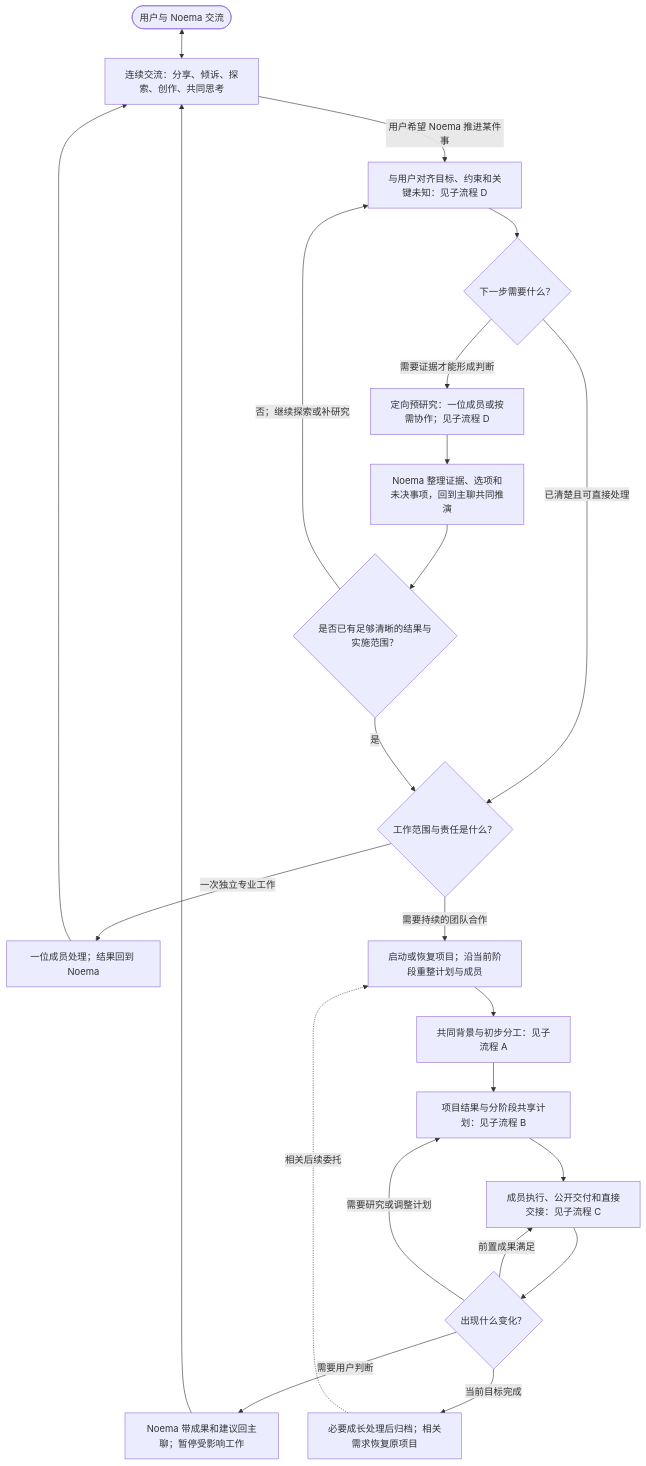
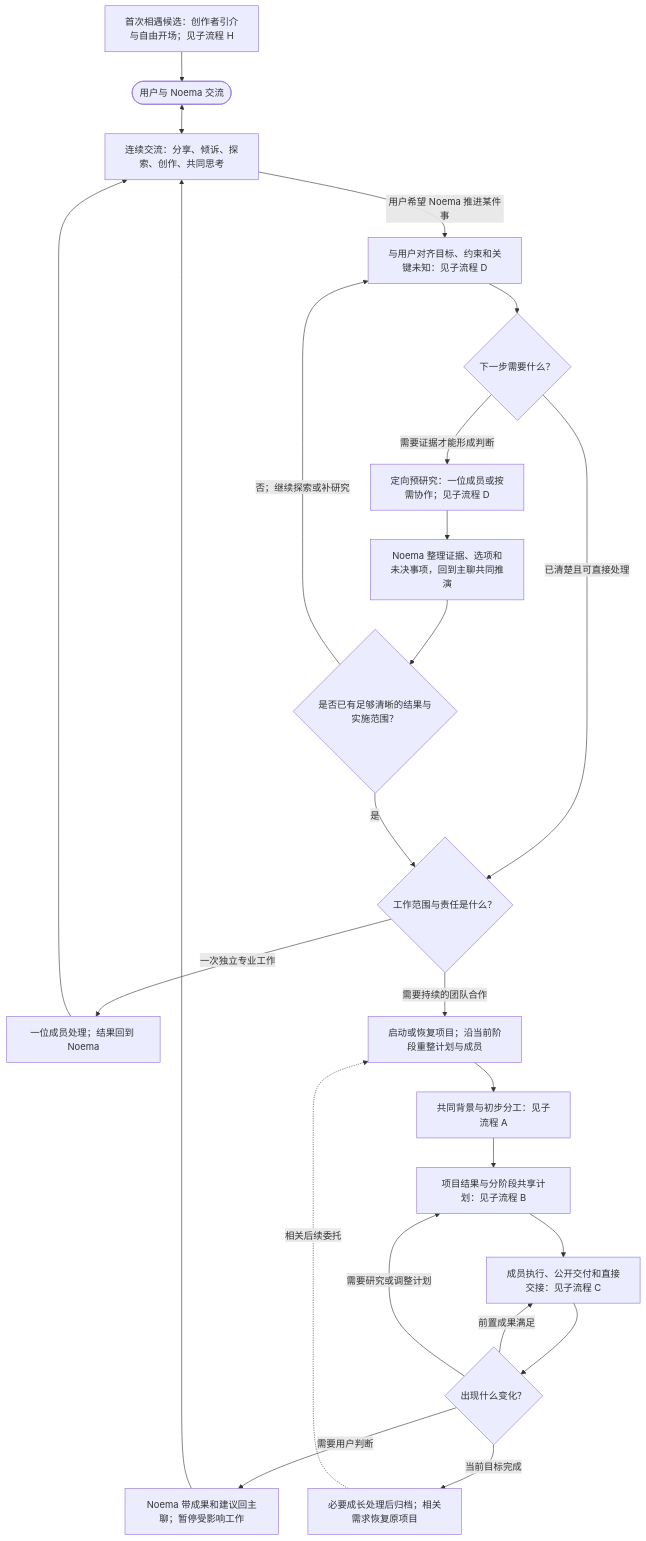
The first of 12 diagrams in docs/design/noema-core-flows.md (Noema-Harness/noema-agent), drawn with Mermaid before and after one commit. The commit also changed other lines of this file and 11 other files, not shown here.

````diff
--- a/docs/design/noema-core-flows.md
+++ b/docs/design/noema-core-flows.md
@@ -19,25 +21,26 @@
 ```mermaid
 flowchart TD
+    FIRST[首次相遇候选：创作者引介与自由开场；见子流程 H] --> U
     U([用户与 Noema 交流]) <--> N[连续交流：分享、倾诉、探索、创作、共同思考]
     N -- 用户希望 Noema 推进某件事 --> R[与用户对齐目标、约束和关键未知：见子流程 D]
     R --> DISCOVER{下一步需要什么？}
     DISCOVER -- 已清楚且可直接处理 --> CHOOSE{工作范围与责任是什么？}
     DISCOVER -- 需要证据才能形成判断 --> STUDY[定向预研究：一位成员或按需协作；见子流程 D]
     STUDY --> SYNTH[Noema 整理证据、选项和未决事项，回到主聊共同推演]
     SYNTH --> READY{是否已有足够清晰的结果与实施范围？}
     READY -- 否；继续探索或补研究 --> R
     READY -- 是 --> CHOOSE
     CHOOSE -- 一次独立专业工作 --> SINGLE[一位成员处理；结果回到 Noema]
     SINGLE --> N
     CHOOSE -- 需要持续的团队合作 --> PROJECT[启动或恢复项目；沿当前阶段重整计划与成员]
     PROJECT --> START[共同背景与初步分工：见子流程 A]
     START --> PLAN[项目结果与分阶段共享计划：见子流程 B]
     PLAN --> WORK[成员执行、公开交付和直接交接：见子流程 C]
     WORK --> DECIDE{出现什么变化？}
     DECIDE -- 前置成果满足 --> WORK
     DECIDE -- 需要研究或调整计划 --> PLAN
     DECIDE -- 需要用户判断 --> REVIEW[Noema 带成果和建议回主聊；暂停受影响工作]
     REVIEW --> N
     DECIDE -- 当前目标完成 --> END[必要成长处理后归档；相关需求恢复原项目]
     END -. 相关后续委托 .-> PROJECT
 ```
````
